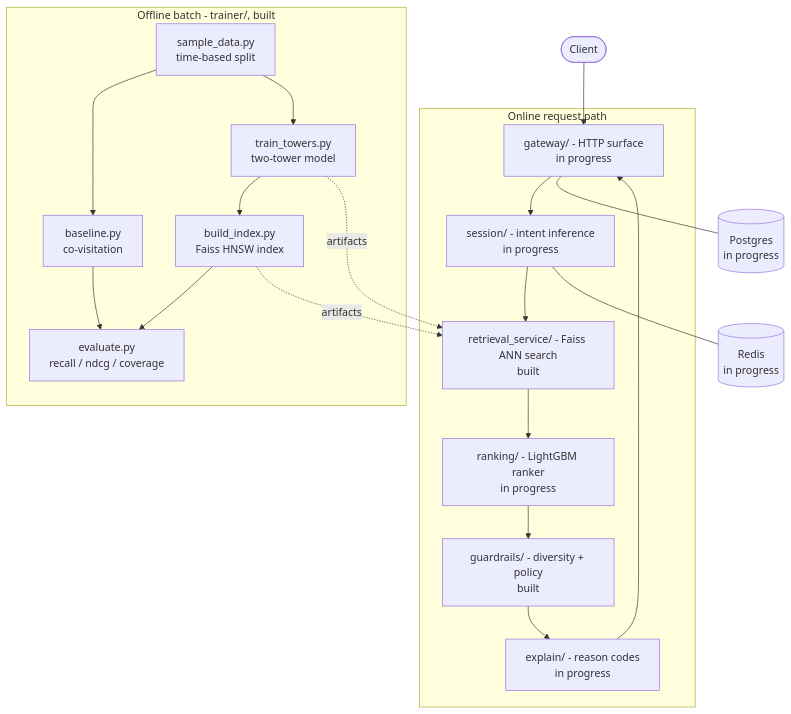
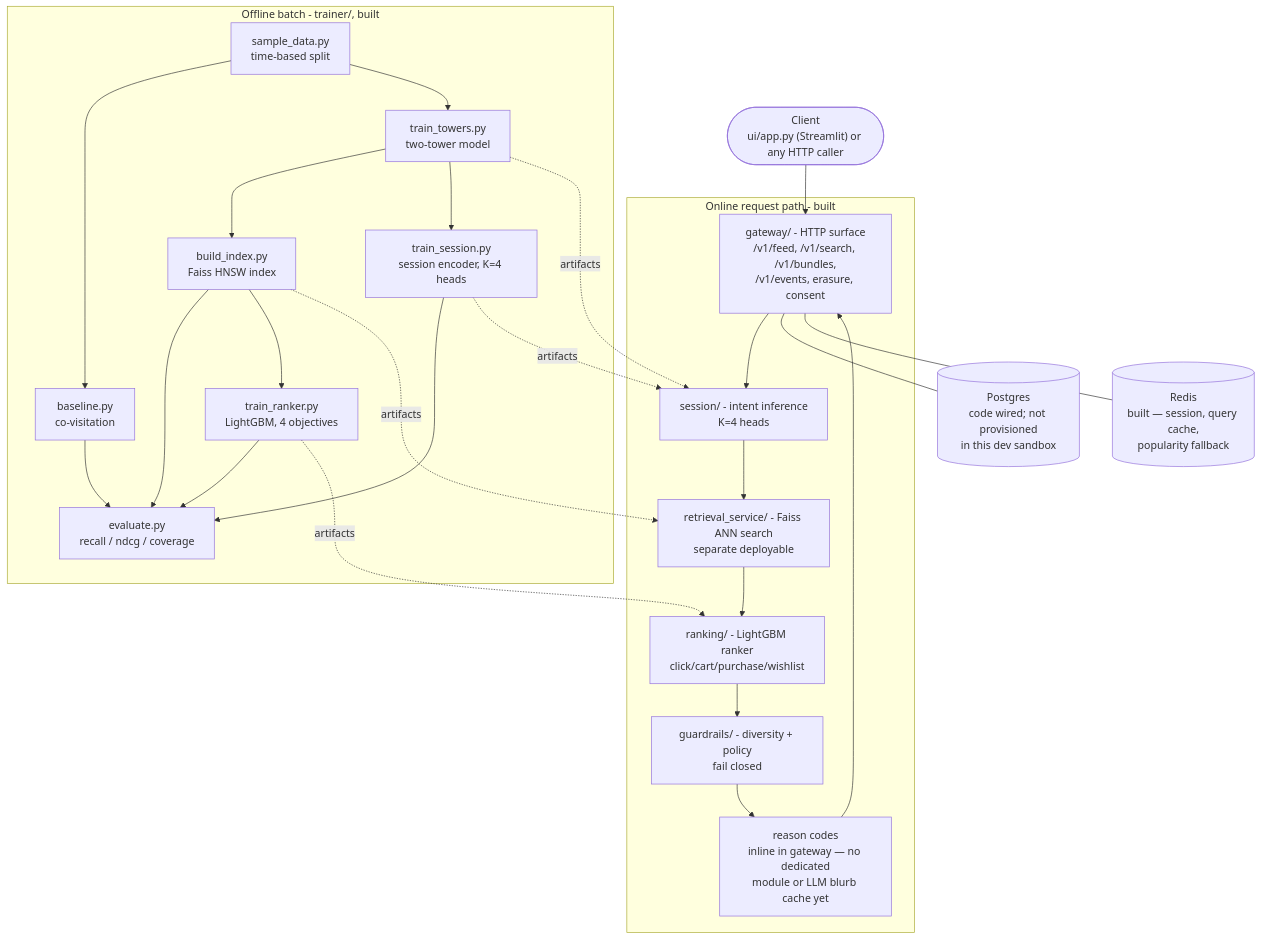
Before and after one commit to prabhath-9/Discovery-Engine: the diagram in README.md, drawn with Mermaid. The commit also changed other lines of this file and 12 other files, not shown here.

````diff
--- a/README.md
+++ b/README.md
@@ -29,33 +29,39 @@
 ```mermaid
 flowchart TD
-    Client(["Client"])
+    Client(["Client<br/>ui/app.py (Streamlit) or any HTTP caller"])
 
     subgraph Offline["Offline batch - trainer/, built"]
         Sample["sample_data.py<br/>time-based split"]
         Base["baseline.py<br/>co-visitation"]
         Towers["train_towers.py<br/>two-tower model"]
         Idx["build_index.py<br/>Faiss HNSW index"]
+        SessTrain["train_session.py<br/>session encoder, K=4 heads"]
+        RankTrain["train_ranker.py<br/>LightGBM, 4 objectives"]
         Eval["evaluate.py<br/>recall / ndcg / coverage"]
         Sample --> Base --> Eval
         Sample --> Towers --> Idx --> Eval
+        Towers --> SessTrain --> Eval
+        Idx --> RankTrain --> Eval
     end
 
-    subgraph Online["Online request path"]
-        GW["gateway/ - HTTP surface<br/>in progress"]
-        Sess["session/ - intent inference<br/>in progress"]
-        Ret["retrieval_service/ - Faiss ANN search<br/>built"]
-        Rank["ranking/ - LightGBM ranker<br/>in progress"]
-        Guard["guardrails/ - diversity + policy<br/>built"]
-        Expl["explain/ - reason codes<br/>in progress"]
+    subgraph Online["Online request path - built"]
+        GW["gateway/ - HTTP surface<br/>/v1/feed, /v1/search, /v1/bundles,<br/>/v1/events, erasure, consent"]
+        Sess["session/ - intent inference<br/>K=4 heads"]
+        Ret["retrieval_service/ - Faiss ANN search<br/>separate deployable"]
+        Rank["ranking/ - LightGBM ranker<br/>click/cart/purchase/wishlist"]
+        Guard["guardrails/ - diversity + policy<br/>fail closed"]
+        Expl["reason codes<br/>inline in gateway — no dedicated<br/>module or LLM blurb cache yet"]
         GW --> Sess --> Ret --> Rank --> Guard --> Expl --> GW
     end
 
     Client --> GW
     Idx -. artifacts .-> Ret
-    Towers -. artifacts .-> Ret
+    Towers -. artifacts .-> Sess
+    SessTrain -. artifacts .-> Sess
+    RankTrain -. artifacts .-> Rank
 
-    PG[("Postgres<br/>in progress")]
-    RD[("Redis<br/>in progress")]
+    PG[("Postgres<br/>code wired; not provisioned<br/>in this dev sandbox")]
+    RD[("Redis<br/>built — session, query cache,<br/>popularity fallback")]
     GW --- PG
-    Sess --- RD
+    GW --- RD
 ```
````
